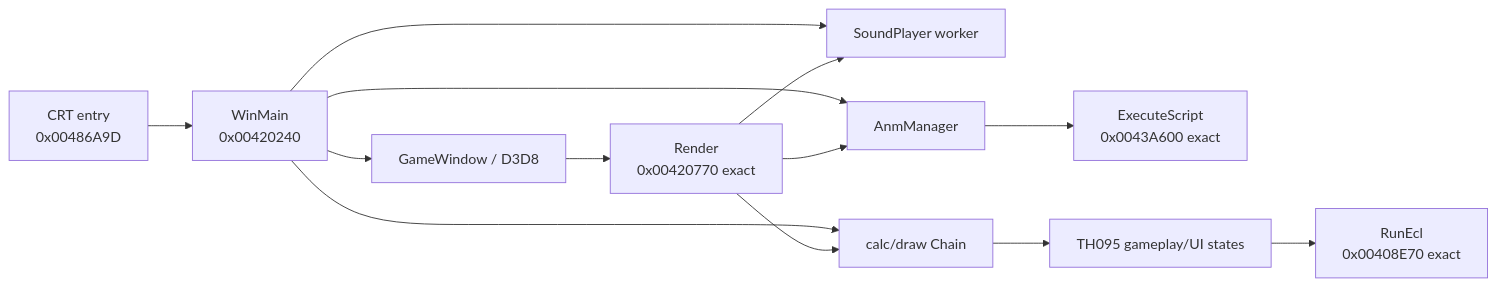
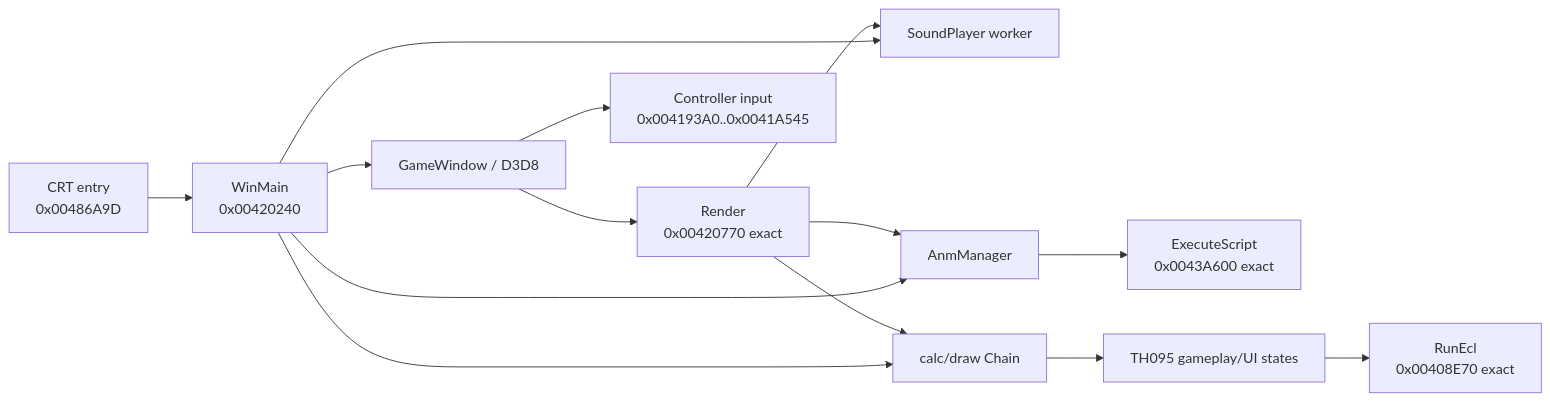
The diagram in docs/ARCHITECTURE.md (N0zoM1z0/th095), drawn with Mermaid before and after one commit. The commit also changed other lines of this file and 15 other files, not shown here.

Commit message:
Reconstruct TH095 controller input

````diff
--- a/docs/ARCHITECTURE.md
+++ b/docs/ARCHITECTURE.md
@@ -58,15 +58,16 @@
 ```mermaid
 flowchart LR
     CRT[CRT entry\n0x00486A9D] --> Main[WinMain\n0x00420240]
     Main --> Window[GameWindow / D3D8]
     Main --> Sound[SoundPlayer worker]
     Main --> Chain[calc/draw Chain]
     Main --> Anm[AnmManager]
     Window --> Render[Render\n0x00420770 exact]
+    Window --> Input[Controller input\n0x004193A0..0x0041A545]
     Render --> Chain
     Render --> Sound
     Render --> Anm
     Anm --> AnmVM[ExecuteScript\n0x0043A600 exact]
     Chain --> Game[TH095 gameplay/UI states]
     Game --> EclVM[RunEcl\n0x00408E70 exact]
 ```
````
